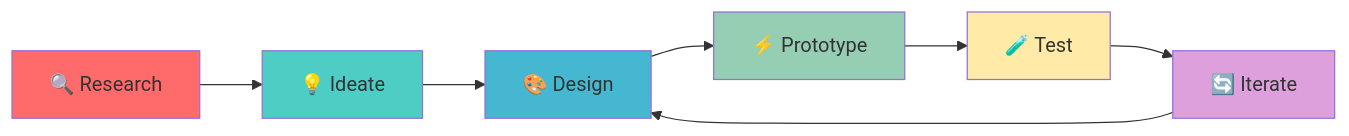
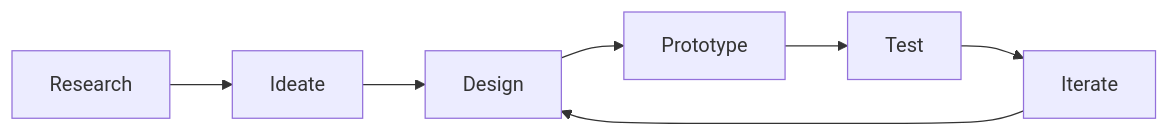
One commit to tanuchaudhri/tanuchaudhari changed the diagram in README.md. Above: the diagram before and after it, drawn with Mermaid. The commit also changed other lines of this file, not shown here.

````diff
--- a/README.md
+++ b/README.md
@@ -96,15 +67,9 @@
 ```mermaid
 graph LR
-    A[🔍 Research] --> B[💡 Ideate]
-    B --> C[🎨 Design]
-    C --> D[⚡ Prototype]
-    D --> E[🧪 Test]
-    E --> F[🔄 Iterate]
+    A[Research] --> B[Ideate]
+    B --> C[Design]
+    C --> D[Prototype]
+    D --> E[Test]
+    E --> F[Iterate]
     F --> C
-    style A fill:#ff6b6b
-    style B fill:#4ecdc4  
-    style C fill:#45b7d1
-    style D fill:#96ceb4
-    style E fill:#ffeaa7
-    style F fill:#dda0dd
 ```
````
